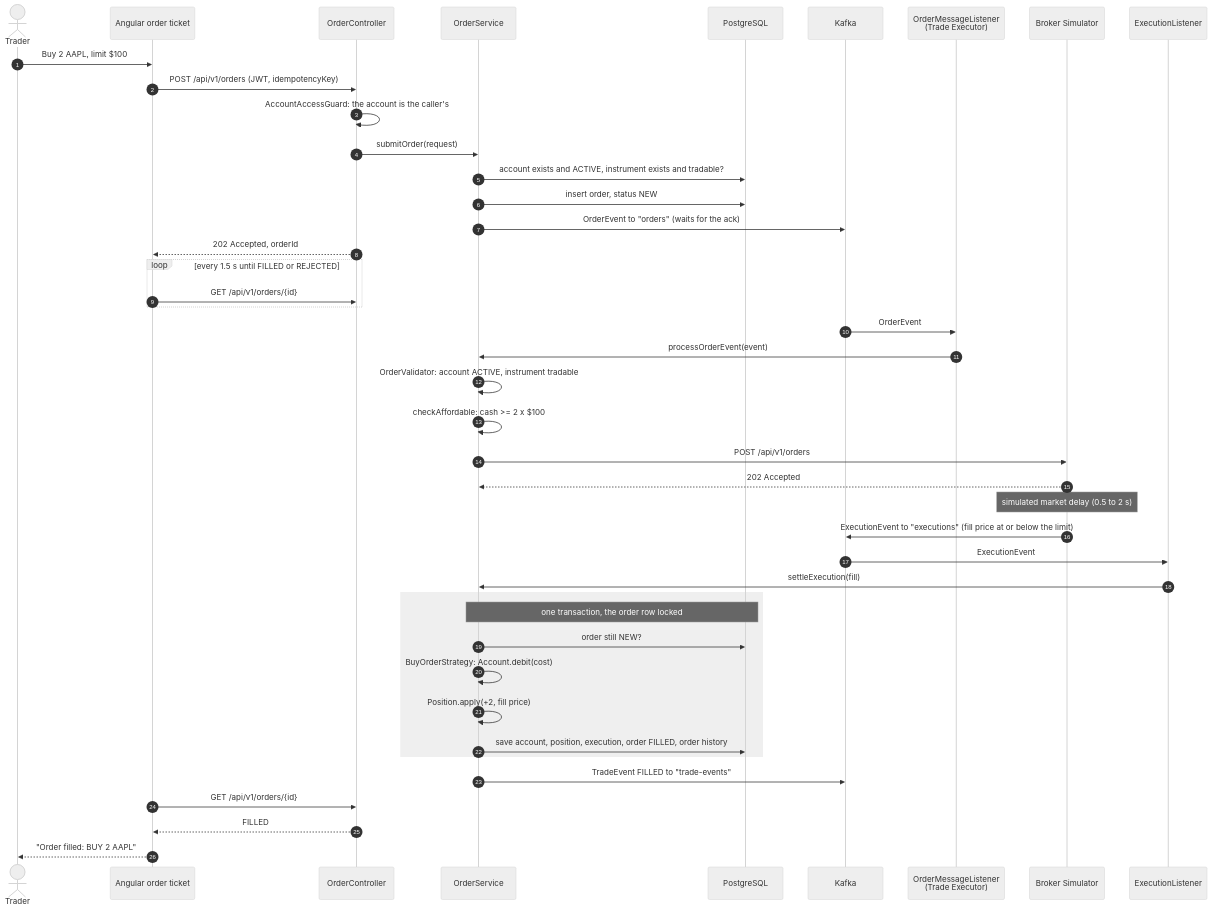
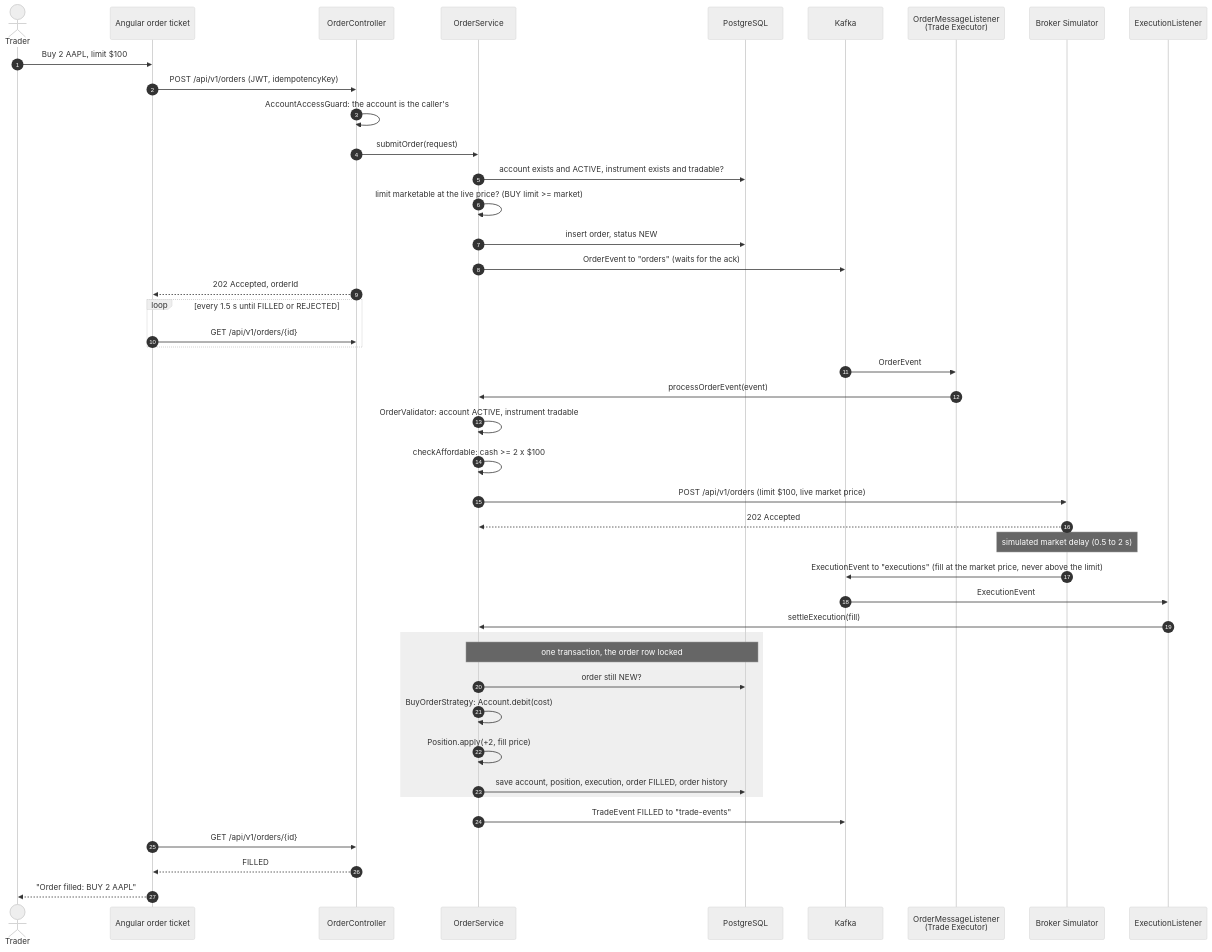
One commit to NathanCarr10/TNS-Capital changed the first of 3 diagrams in docs/diagrams/ORDER-FLOW.md. Above: the diagram before and after it, drawn with Mermaid (neutral theme). The commit also changed other lines of this file and 19 other files, not shown here.

First line of the commit message:
fix(orders): limit orders fill at the market price, not at any limit

````diff
--- a/docs/diagrams/ORDER-FLOW.md
+++ b/docs/diagrams/ORDER-FLOW.md
@@ -10,48 +10,49 @@
 ```mermaid
 sequenceDiagram
     autonumber
     actor Trader
     participant UI as Angular order ticket
     participant API as OrderController
     participant OS as OrderService
     participant DB as PostgreSQL
     participant K as Kafka
     participant OL as OrderMessageListener<br/>(Trade Executor)
     participant B as Broker Simulator
     participant EL as ExecutionListener
 
     Trader->>UI: Buy 2 AAPL, limit $100
     UI->>API: POST /api/v1/orders (JWT, idempotencyKey)
     API->>API: AccountAccessGuard: the account is the caller's
     API->>OS: submitOrder(request)
     OS->>DB: account exists and ACTIVE, instrument exists and tradable?
+    OS->>OS: limit marketable at the live price? (BUY limit >= market)
     OS->>DB: insert order, status NEW
     OS->>K: OrderEvent to "orders" (waits for the ack)
     API-->>UI: 202 Accepted, orderId
     loop every 1.5 s until FILLED or REJECTED
         UI->>API: GET /api/v1/orders/{id}
     end
 
     K->>OL: OrderEvent
     OL->>OS: processOrderEvent(event)
     OS->>OS: OrderValidator: account ACTIVE, instrument tradable
     OS->>OS: checkAffordable: cash >= 2 x $100
-    OS->>B: POST /api/v1/orders
+    OS->>B: POST /api/v1/orders (limit $100, live market price)
     B-->>OS: 202 Accepted
     Note over B: simulated market delay (0.5 to 2 s)
-    B->>K: ExecutionEvent to "executions" (fill price at or below the limit)
+    B->>K: ExecutionEvent to "executions" (fill at the market price, never above the limit)
 
     K->>EL: ExecutionEvent
     EL->>OS: settleExecution(fill)
     rect rgba(127, 127, 127, 0.12)
         Note over OS,DB: one transaction, the order row locked
         OS->>DB: order still NEW?
         OS->>OS: BuyOrderStrategy: Account.debit(cost)
         OS->>OS: Position.apply(+2, fill price)
         OS->>DB: save account, position, execution, order FILLED, order history
     end
     OS->>K: TradeEvent FILLED to "trade-events"
     UI->>API: GET /api/v1/orders/{id}
     API-->>UI: FILLED
     UI-->>Trader: "Order filled: BUY 2 AAPL"
 ```
````
